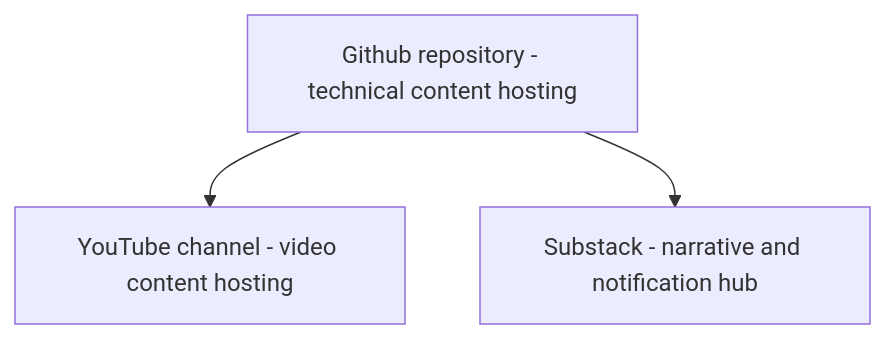
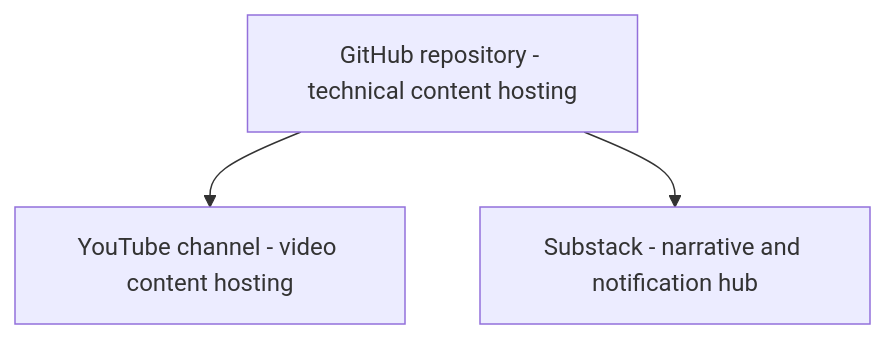
The diagram in docs/index.md (john-tech-writer/stack-project-docs), drawn with Mermaid before and after one commit. The commit also changed other lines of this file, not shown here.

````diff
--- a/docs/index.md
+++ b/docs/index.md
@@ -20,8 +20,8 @@
 ```mermaid
 
 flowchart TD
-  A[Github repository - technical content hosting]
+  A[GitHub repository - technical content hosting]
   A --> Y[YouTube channel - video content hosting]
   A --> S[Substack - narrative and notification hub]
 
 ```
````
